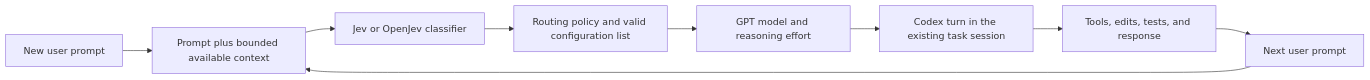
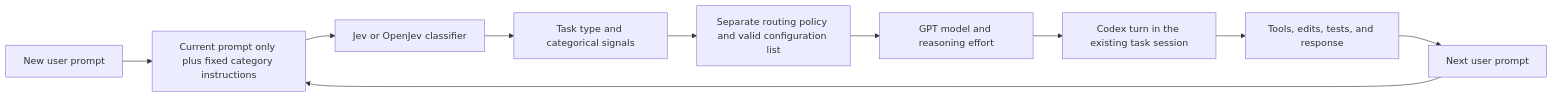
One commit to AadiBiyani/Adaptive_Coding_Agents changed the diagram in README.md. Above: the diagram before and after it, drawn with Mermaid. The commit also changed other lines of this file and 14 other files, not shown here.

````diff
--- a/README.md
+++ b/README.md
@@ -44,11 +47,12 @@
 ```mermaid
 flowchart LR
-    A[New user prompt] --> B[Prompt plus bounded available context]
+    A[New user prompt] --> B[Current prompt only plus fixed category instructions]
     B --> C[Jev or OpenJev classifier]
-    C --> D[Routing policy and valid configuration list]
+    C --> I[Task type and categorical signals]
+    I --> D[Separate routing policy and valid configuration list]
     D --> E[GPT model and reasoning effort]
     E --> F[Codex turn in the existing task session]
     F --> G[Tools, edits, tests, and response]
     G --> H[Next user prompt]
     H --> B
 ```
````
